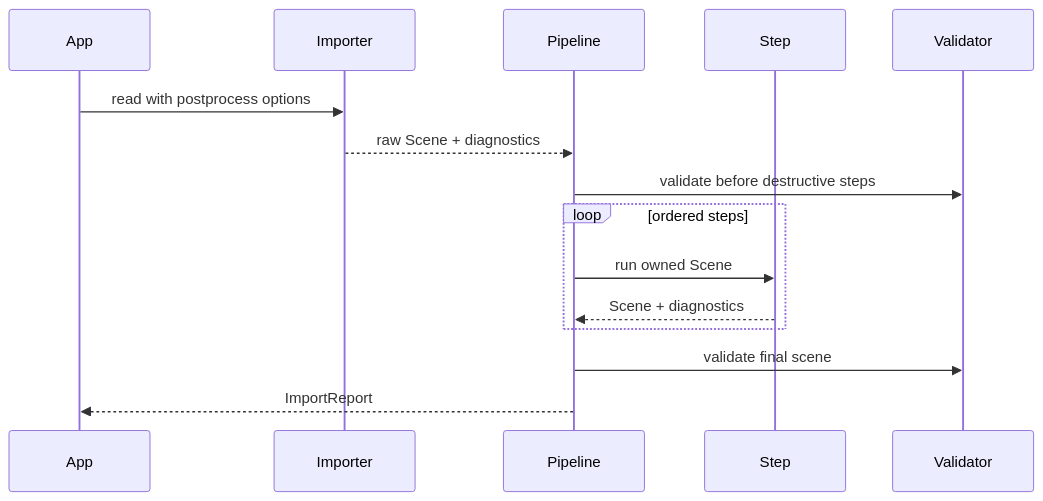
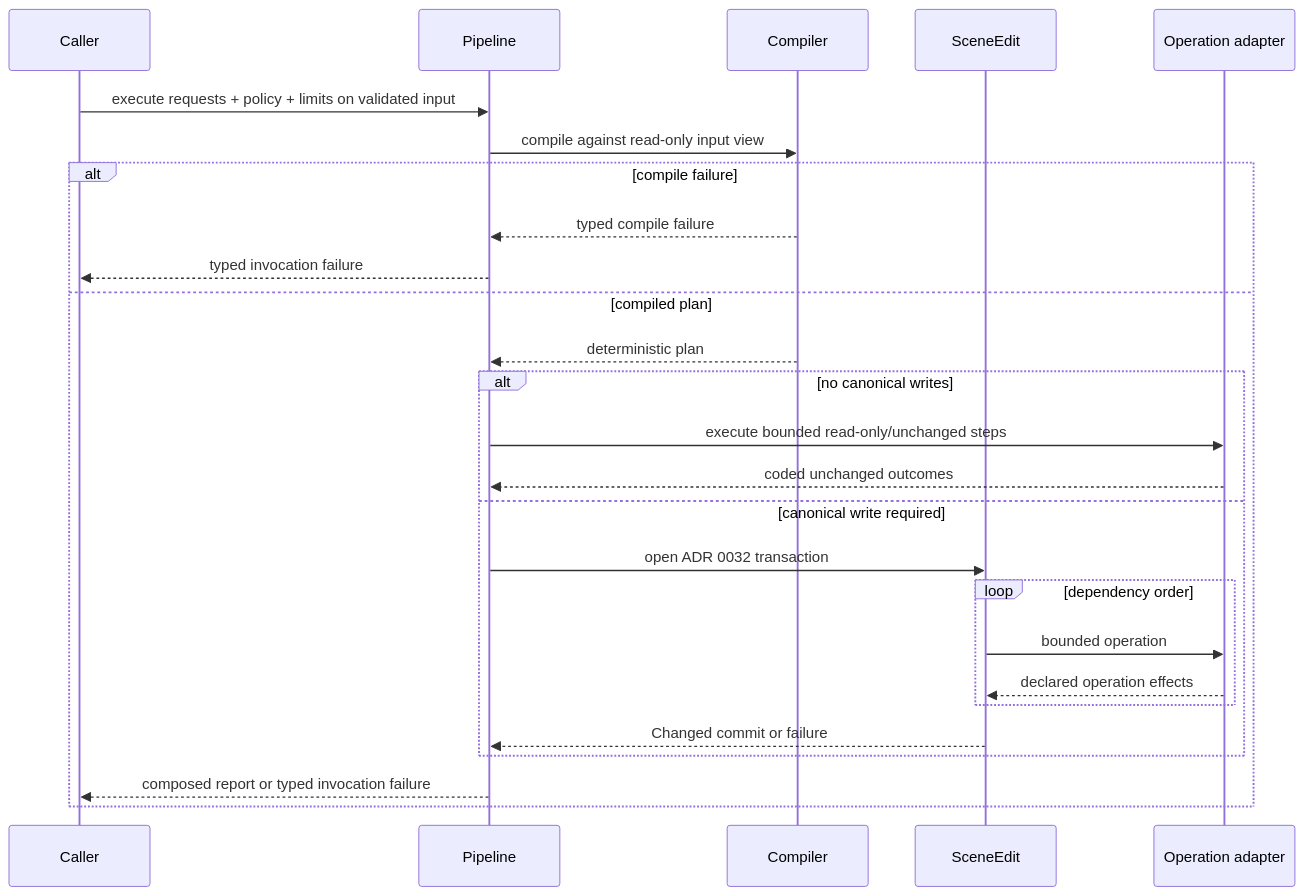
One commit to Latias94/baozi changed the second of 2 diagrams in docs/adr/0013-post-process-pipeline-semantics-presets-and-mutation-model.md. Above: the diagram before and after it, drawn with Mermaid. The commit also changed other lines of this file and 978 other files, not shown here.

First line of the commit message:
refactor: deliver typed scene workflows and bounded imports (#3)

````diff
--- a/docs/adr/0013-post-process-pipeline-semantics-presets-and-mutation-model.md
+++ b/docs/adr/0013-post-process-pipeline-semantics-presets-and-mutation-model.md
@@ -44,18 +203,29 @@
 ```mermaid
 sequenceDiagram
-    participant App
-    participant Importer
+    participant Caller
     participant Pipeline
-    participant Step
-    participant Validator
+    participant Compiler
+    participant Edit as SceneEdit
+    participant Step as Operation adapter
 
-    App->>Importer: read with postprocess options
-    Importer-->>Pipeline: raw Scene + diagnostics
-    Pipeline->>Validator: validate before destructive steps
-    loop ordered steps
-        Pipeline->>Step: run owned Scene
-        Step-->>Pipeline: Scene + diagnostics
+    Caller->>Pipeline: execute requests + policy + limits on validated input
+    Pipeline->>Compiler: compile against read-only input view
+    alt compile failure
+        Compiler-->>Pipeline: typed compile failure
+        Pipeline-->>Caller: typed invocation failure
+    else compiled plan
+        Compiler-->>Pipeline: deterministic plan
+        alt no canonical writes
+            Pipeline->>Step: execute bounded read-only/unchanged steps
+            Step-->>Pipeline: coded unchanged outcomes
+        else canonical write required
+            Pipeline->>Edit: open ADR 0032 transaction
+            loop dependency order
+                Edit->>Step: bounded operation
+                Step-->>Edit: declared operation effects
+            end
+            Edit-->>Pipeline: Changed commit or failure
+        end
+        Pipeline-->>Caller: composed report or typed invocation failure
     end
-    Pipeline->>Validator: validate final scene
-    Pipeline-->>App: ImportReport
 ```
````
